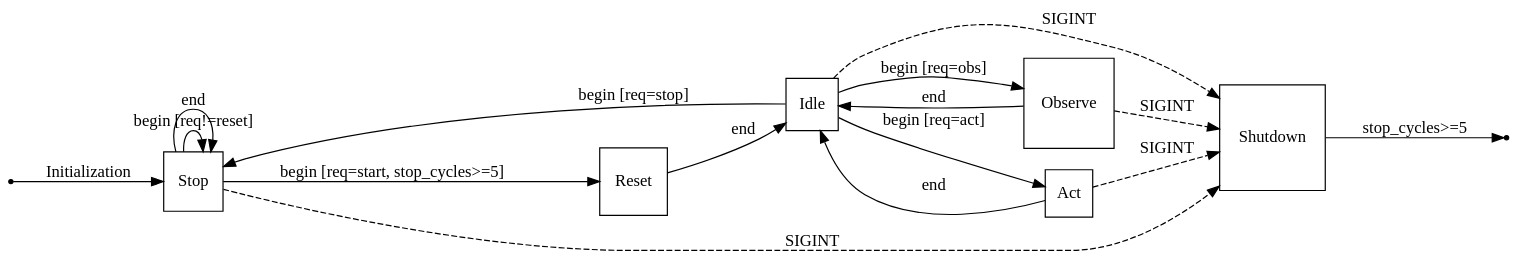
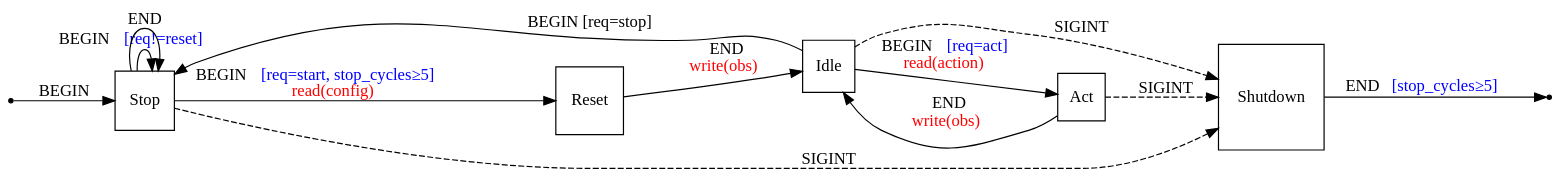
One commit to upkie/upkie changed the diagram in docs/figures/state-machine.dot. Above: the diagram before and after it, drawn with Graphviz. The commit also changed 1 other file, not shown here.

```diff
--- a/docs/figures/state-machine.dot
+++ b/docs/figures/state-machine.dot
@@ -1,33 +1,30 @@
 // SPDX-License-Identifier: Apache-2.0
 // Copyright 2022 Stéphane Caron
+// Copyright 2024 Inria
 
 digraph spine_state_machine {
     bgcolor="transparent"
     rankdir="LR";
 
     node [shape=point, label=""] initial, terminal;
     node [shape=square];
 
     kSendStops[label="Stop"];
     kReset[label="Reset"];
     kIdle[label="Idle"];
-    kObserve[label="Observe"];
     kAct[label="Act"];
     kShutdown[label="Shutdown"];
 
-    initial->kSendStops[label="Initialization"];
-    kSendStops->kReset[label="begin [req=start, stop_cycles>=5]"];
-    kSendStops->kSendStops[label="begin [req!=reset]"];
-    kSendStops->kSendStops[label="end"];
+    initial->kSendStops[label="BEGIN"];
+    kSendStops->kReset[label=<BEGIN <font color="blue">[req=start, stop_cycles≥5]</font><br/><font color="red">read(config)</font>>];
+    kSendStops->kSendStops[label=<BEGIN <font color="blue">[req!=reset]</font>>];
+    kSendStops->kSendStops[label="END"];
     kSendStops->kShutdown[label="SIGINT", style=dashed];
-    kReset->kIdle[label="end"];
-    kIdle->kObserve[label="begin [req=obs]"];
-    kIdle->kAct[label="begin [req=act]"];
-    kIdle->kSendStops[label="begin [req=stop]"];
+    kReset->kIdle[label=<END <br/><font color="red">write(obs)</font>>];
+    kIdle->kAct[label=<BEGIN <font color="blue">[req=act]</font><br/><font color="red">read(action)</font>>];
+    kIdle->kSendStops[label="BEGIN [req=stop]"];
     kIdle->kShutdown[label="SIGINT", style=dashed];
-    kObserve->kIdle[label="end"];
-    kObserve->kShutdown[label="SIGINT", style=dashed];
-    kAct->kIdle[label="end"];
+    kAct->kIdle[label=<END <br/><font color="red">write(obs)</font>>];
     kAct->kShutdown[label="SIGINT", style=dashed];
-    kShutdown->terminal[label="stop_cycles>=5"];
+    kShutdown->terminal[label=<END <font color="blue">[stop_cycles≥5]</font>>];
 }
```
